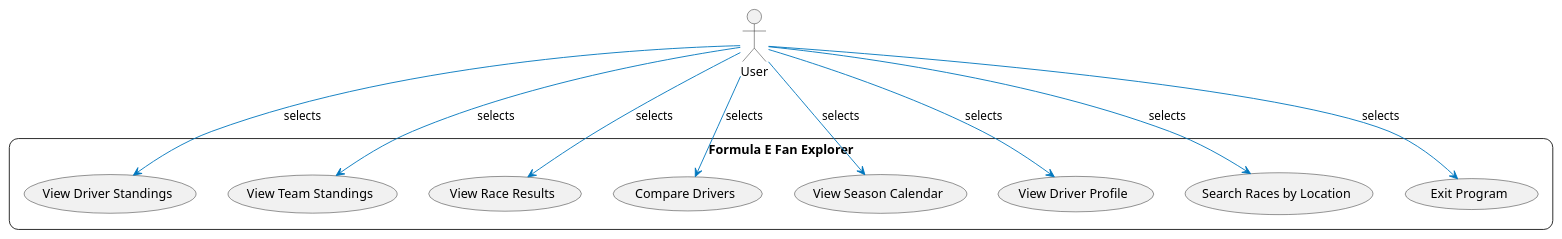
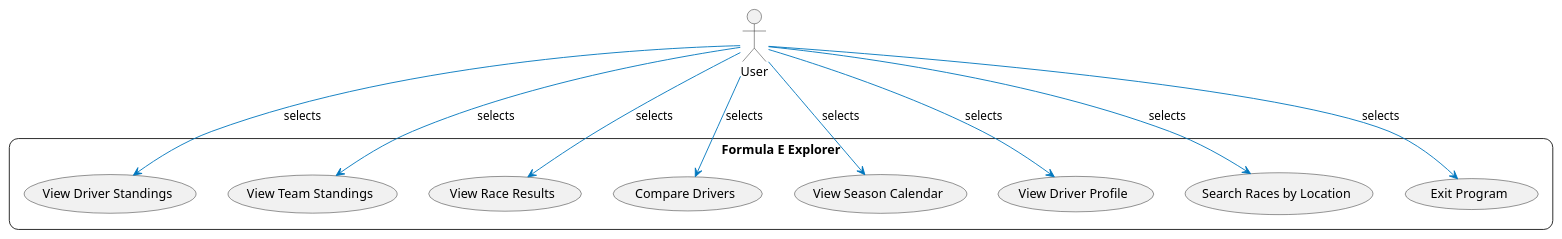
One commit to FIAP-Challenge-Fantasy-FE/python-sprint-3 changed the diagram in src/diagram/use_case.puml. Above: the diagram before and after it, drawn with PlantUML. The commit also changed 3 other files, not shown here.

```diff
--- a/src/diagram/use_case.puml
+++ b/src/diagram/use_case.puml
@@ -1,31 +1,31 @@
 @startuml use_case
 
 skinparam backgroundColor white
 skinparam roundcorner 20
 skinparam ArrowColor #0077be
 skinparam ActivityBorderColor #0077be
 skinparam ActivityBackgroundColor #e6f3ff
 
 actor User
 
-rectangle "Formula E Fan Explorer" {
+rectangle "Formula E Explorer" {
     usecase "View Driver Standings" as UC1
     usecase "View Team Standings" as UC2
     usecase "View Race Results" as UC3
     usecase "Compare Drivers" as UC4
     usecase "View Season Calendar" as UC5
     usecase "View Driver Profile" as UC6
     usecase "Search Races by Location" as UC7
     usecase "Exit Program" as UC8
 }
 
 User --> UC1 : selects
 User --> UC2 : selects
 User --> UC3 : selects
 User --> UC4 : selects
 User --> UC5 : selects
 User --> UC6 : selects
 User --> UC7 : selects
 User --> UC8 : selects
 
 @enduml
```
